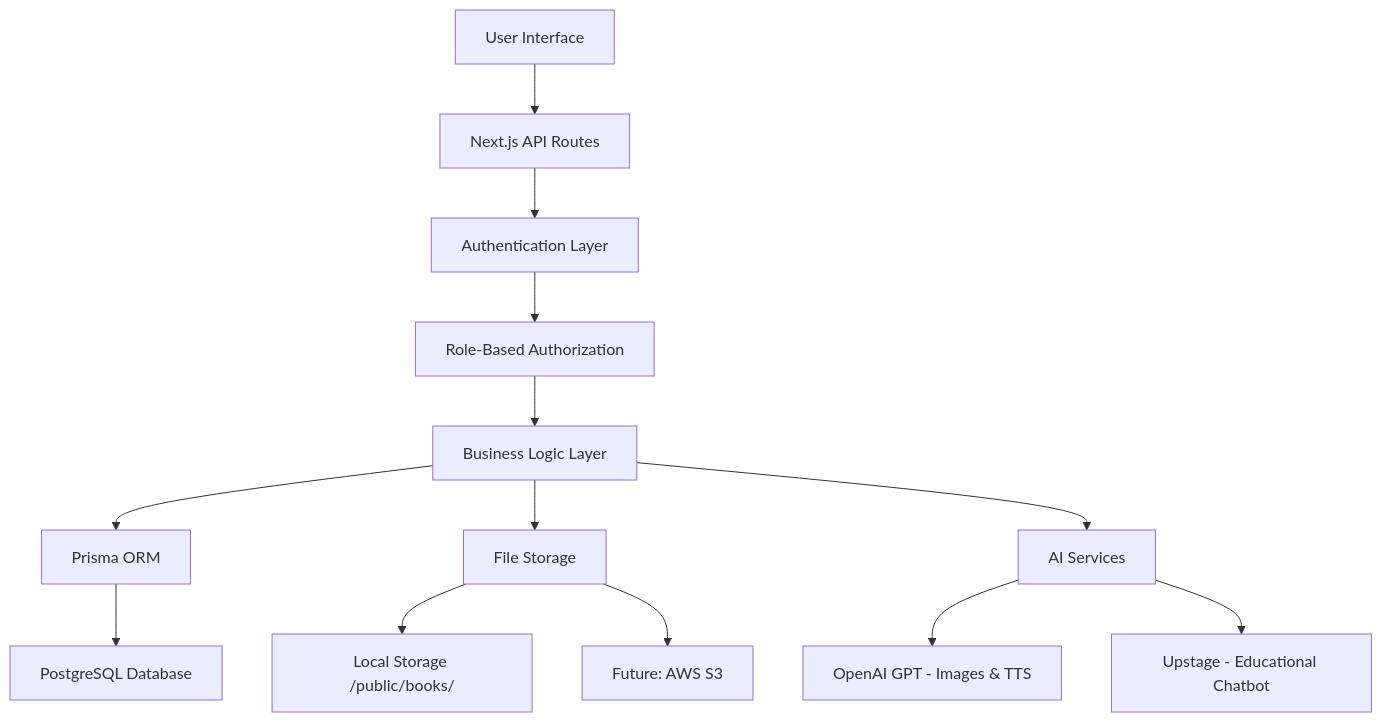
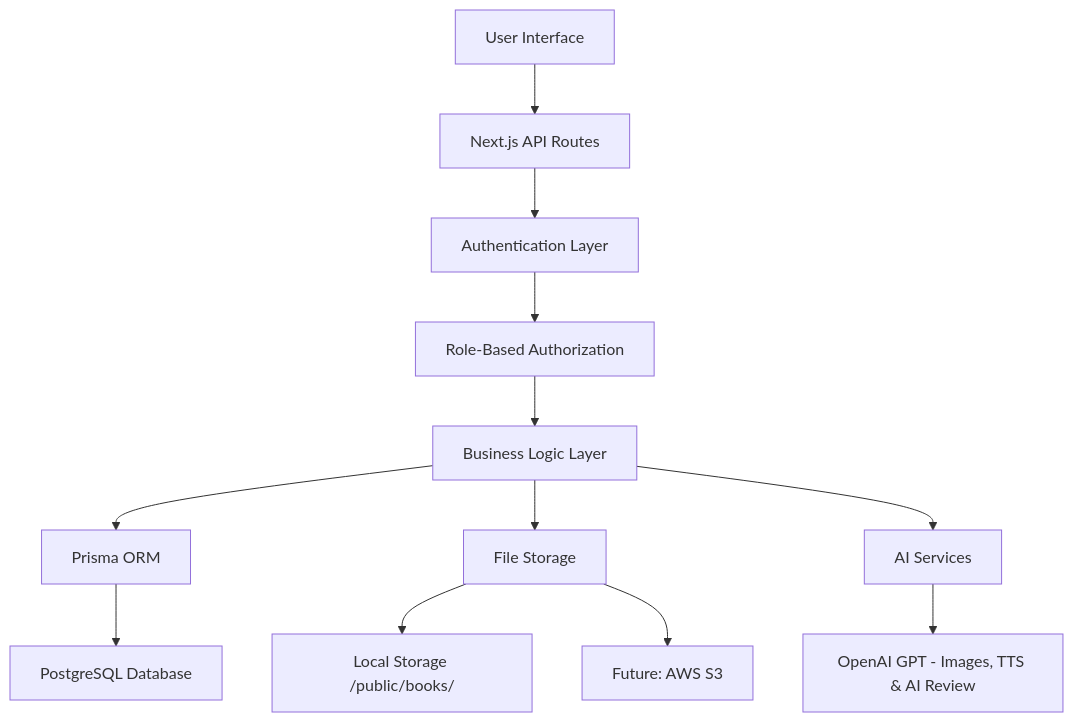
Before and after one commit to JihunKong/1001project: the first of 2 diagrams in docs/PUBLISHING_SYSTEM_TECHNICAL_DOCS.md, drawn with Mermaid. The commit also changed other lines of this file and 119 other files, not shown here.

````diff
--- a/docs/PUBLISHING_SYSTEM_TECHNICAL_DOCS.md
+++ b/docs/PUBLISHING_SYSTEM_TECHNICAL_DOCS.md
@@ -31,18 +31,17 @@
 ```mermaid
 graph TB
     A[User Interface] --> B[Next.js API Routes]
     B --> C[Authentication Layer]
     C --> D[Role-Based Authorization]
     D --> E[Business Logic Layer]
     E --> F[Prisma ORM]
     F --> G[PostgreSQL Database]
 
     E --> H[File Storage]
     E --> I[AI Services]
 
     H --> H1[Local Storage /public/books/]
     H --> H2[Future: AWS S3]
 
-    I --> I1[OpenAI GPT - Images & TTS]
-    I --> I2[Upstage - Educational Chatbot]
+    I --> I1[OpenAI GPT - Images, TTS & AI Review]
 ```
````
